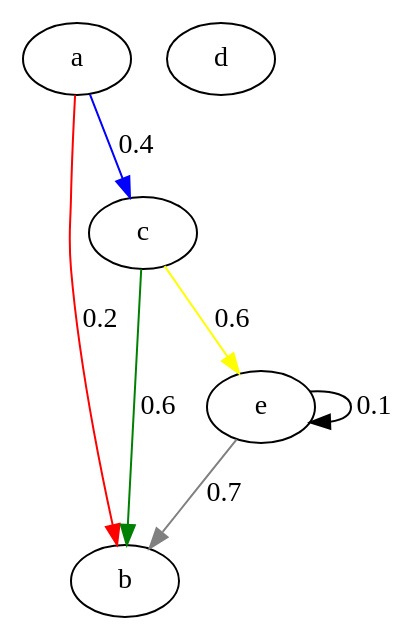
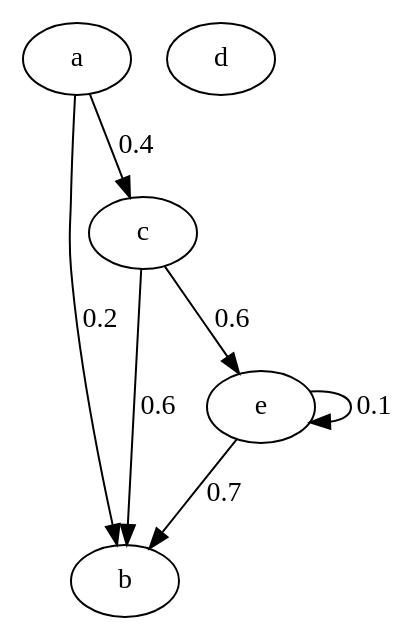
One commit to gustavomaltanv/grafos changed the diagram in grafos/graph_6.dot. Above: the diagram before and after it, drawn with Graphviz. The commit also changed 3 other files, not shown here.

```diff
--- a/grafos/graph_6.dot
+++ b/grafos/graph_6.dot
@@ -1,13 +1,13 @@
 digraph graph_6 {
     a;
     b;
     c;
     d;
     e;
-    a -> b [label="0.2" color="red"];
-    a -> c [label="0.4" color="blue"];
-    c -> b [label="0.6" color="green"];
-    c -> e [label="0.6" color="yellow"];
-    e -> e [label="0.1" color="black"];
-    e -> b [label="0.7" color="gray"];
+    a -> b [label="0.2"];
+    a -> c [label="0.4"];
+    c -> b [label="0.6"];
+    c -> e [label="0.6"];
+    e -> e [label="0.1"];
+    e -> b [label="0.7"];
 }
```
